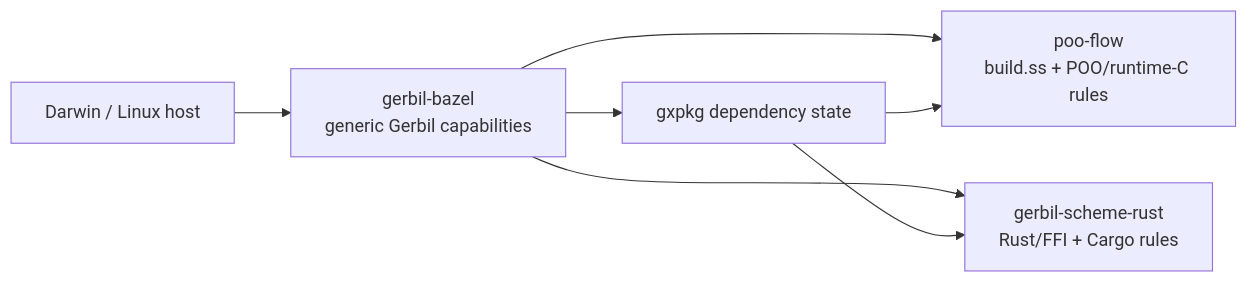
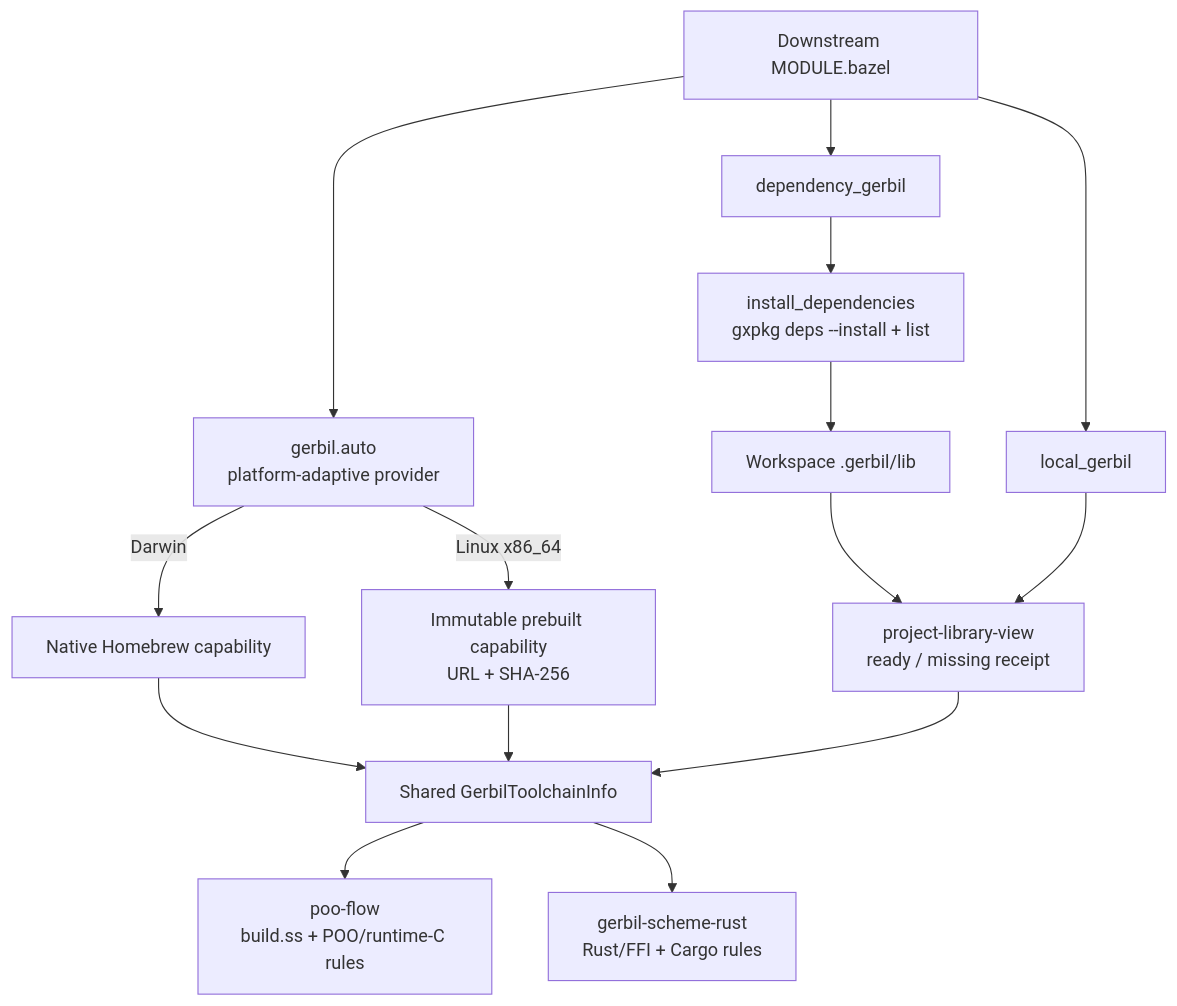
One commit to tao3k/poo-flow changed the diagram in docs/10-19-design/10.06-poo-module-system/155-gerbil-bazel-downstream-convergence.org. Above: the diagram before and after it, drawn with Mermaid. The commit also changed other lines of this file and 6 other files, not shown here.

Commit message:
build: consume adaptive Gerbil providers in CI

```diff
--- a/docs/10-19-design/10.06-poo-module-system/155-gerbil-bazel-downstream-convergence.org
+++ b/docs/10-19-design/10.06-poo-module-system/155-gerbil-bazel-downstream-convergence.org
@@ -27,15 +27,20 @@
 #+begin_src mermaid
-flowchart LR
-  GB["gerbil-bazel<br/>generic Gerbil capabilities"]
-  PF["poo-flow<br/>build.ss + POO/runtime-C rules"]
-  SR["gerbil-scheme-rust<br/>Rust/FFI + Cargo rules"]
-  HOST["Darwin / Linux host"]
-  DEPS["gxpkg dependency state"]
+flowchart TB
+  MODULE["Downstream MODULE.bazel"] --> AUTO["gerbil.auto<br/>platform-adaptive provider"]
+  AUTO -->|"Darwin"| HOST["Native Homebrew capability"]
+  AUTO -->|"Linux x86_64"| PREBUILT["Immutable prebuilt capability<br/>URL + SHA-256"]
+  HOST --> TC["Shared GerbilToolchainInfo"]
+  PREBUILT --> TC
 
-  HOST --> GB
-  GB --> PF
-  GB --> SR
-  GB --> DEPS
-  DEPS --> PF
-  DEPS --> SR
+  MODULE --> DEP["dependency_gerbil"]
+  DEP --> INSTALL["install_dependencies<br/>gxpkg deps --install + list"]
+  INSTALL --> LIB["Workspace .gerbil/lib"]
+
+  MODULE --> PROJECT["local_gerbil"]
+  LIB --> VIEW["project-library-view<br/>ready / missing receipt"]
+  PROJECT --> VIEW
+  VIEW --> TC
+
+  TC --> PF["poo-flow<br/>build.ss + POO/runtime-C rules"]
+  TC --> SR["gerbil-scheme-rust<br/>Rust/FFI + Cargo rules"]
 #+end_src
```
